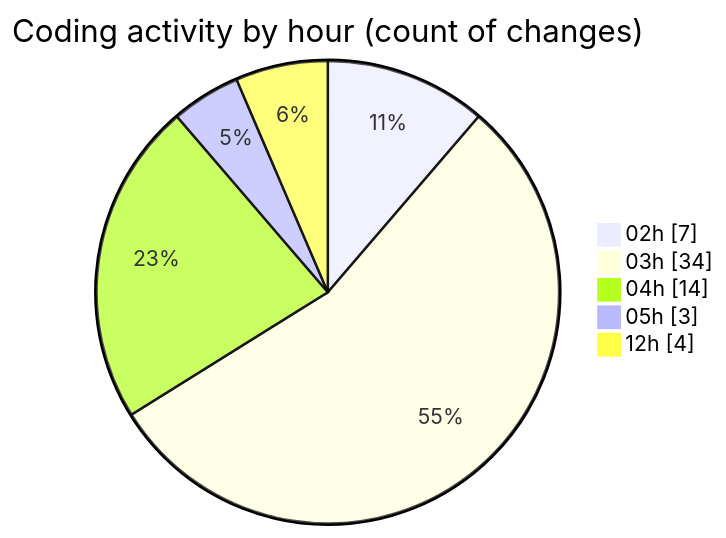
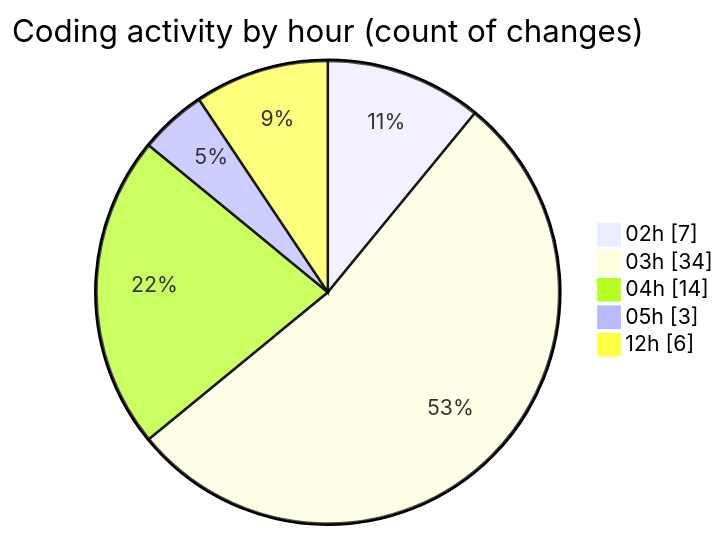
Before and after one commit to JenPaints/code-tracking: the second of 2 diagrams in 2025-05-29/kimberly-groups/README.md, drawn with Mermaid. The commit also changed other lines of this file and 1 other file, not shown here.

````diff
--- a/2025-05-29/kimberly-groups/README.md
+++ b/2025-05-29/kimberly-groups/README.md
@@ -37,9 +37,9 @@
 ```mermaid
 pie showData
 title Coding activity by hour (count of changes)
 "02h" : 7
 "03h" : 34
 "04h" : 14
 "05h" : 3
-"12h" : 4
+"12h" : 6
 ```
````
